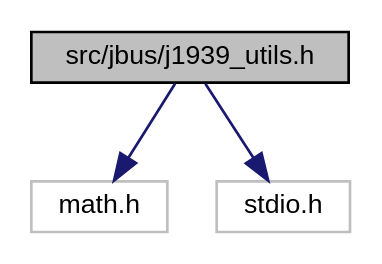
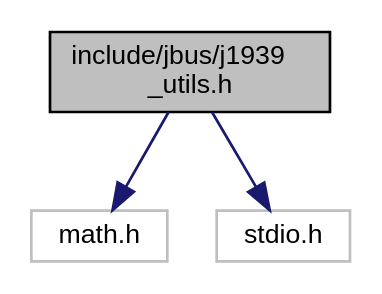
One commit to AboudyKreidieh/truck-code changed the diagram in docs/j1939__utils_8h__incl.dot. Above: the diagram before and after it, drawn with Graphviz. The commit also changed 582 other files, not shown here.

```diff
--- a/docs/j1939__utils_8h__incl.dot
+++ b/docs/j1939__utils_8h__incl.dot
@@ -1,10 +1,10 @@
-digraph "src/jbus/j1939_utils.h"
+digraph "include/jbus/j1939_utils.h"
 {
   edge [fontname="Helvetica",fontsize="10",labelfontname="Helvetica",labelfontsize="10"];
   node [fontname="Helvetica",fontsize="10",shape=record];
-  Node0 [label="src/jbus/j1939_utils.h",height=0.2,width=0.4,color="black", fillcolor="grey75", style="filled", fontcolor="black"];
+  Node0 [label="include/jbus/j1939\l_utils.h",height=0.2,width=0.4,color="black", fillcolor="grey75", style="filled", fontcolor="black"];
   Node0 -> Node1 [color="midnightblue",fontsize="10",style="solid",fontname="Helvetica"];
   Node1 [label="math.h",height=0.2,width=0.4,color="grey75", fillcolor="white", style="filled"];
   Node0 -> Node2 [color="midnightblue",fontsize="10",style="solid",fontname="Helvetica"];
   Node2 [label="stdio.h",height=0.2,width=0.4,color="grey75", fillcolor="white", style="filled"];
 }
```
